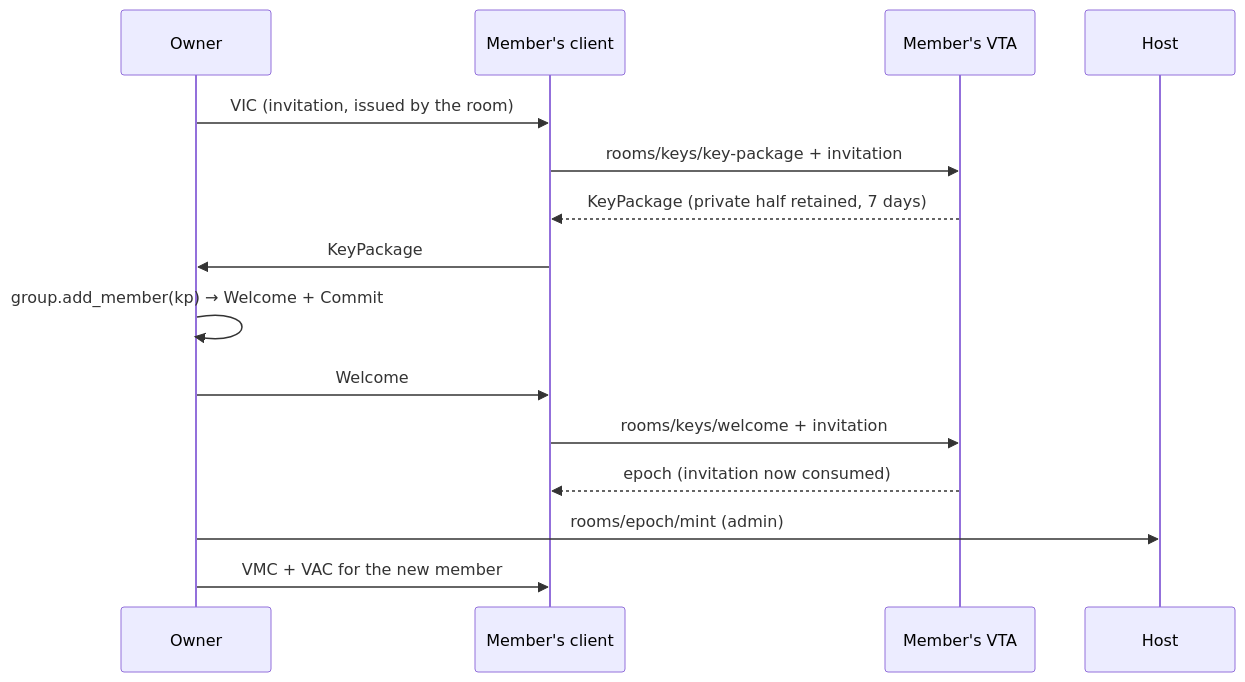
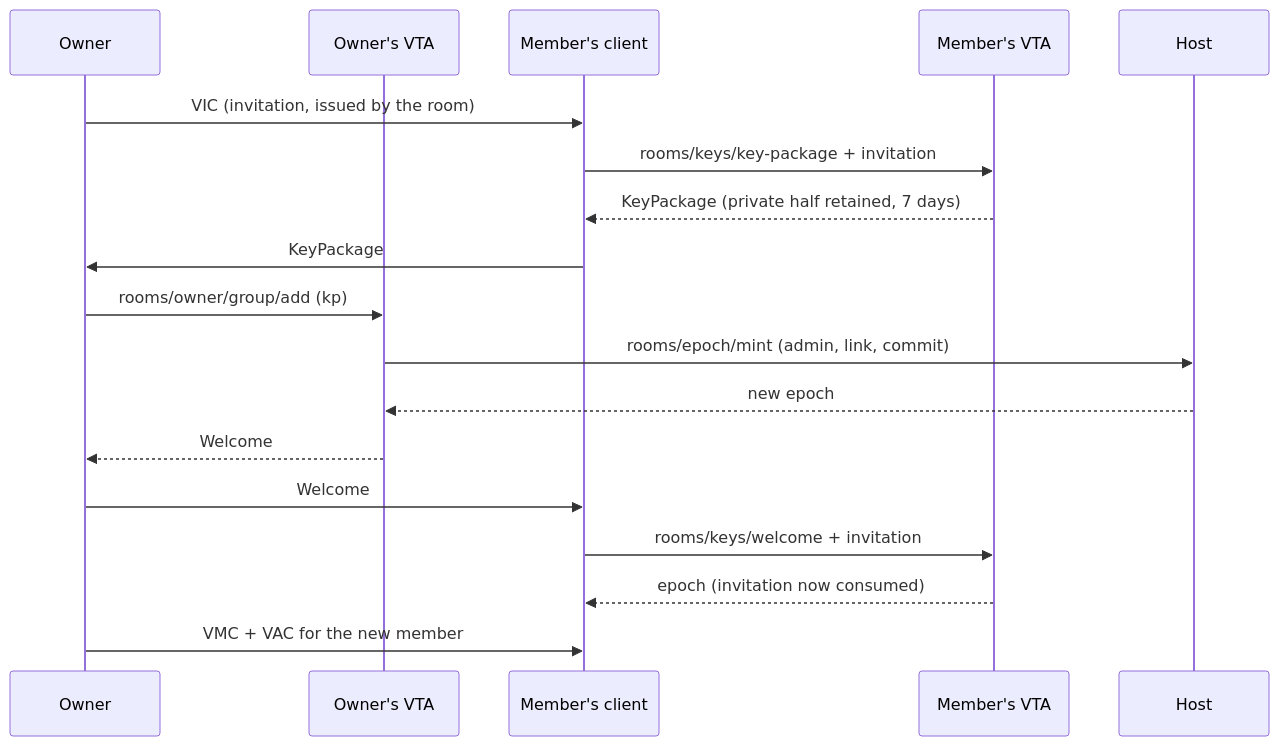
The second of 2 diagrams in docs/02-vta/data-rooms.md (DenisPopov15/verifiable-trust-infrastructure), drawn with Mermaid before and after one commit. The commit also changed other lines of this file and 18 other files, not shown here.

First line of the commit message:
feat(vta): rooms/owner/group/{create,add} — found a sealed room's group and admit members from the owner's agent (#2088)

````diff
--- a/docs/02-vta/data-rooms.md
+++ b/docs/02-vta/data-rooms.md
@@ -349,18 +358,21 @@
 ```mermaid
 sequenceDiagram
     participant O as Owner
+    participant OV as Owner's VTA
     participant M as Member's client
     participant V as Member's VTA
     participant H as Host
 
     O->>M: VIC (invitation, issued by the room)
     M->>V: rooms/keys/key-package + invitation
     V-->>M: KeyPackage (private half retained, 7 days)
     M->>O: KeyPackage
-    O->>O: group.add_member(kp) → Welcome + Commit
+    O->>OV: rooms/owner/group/add (kp)
+    OV->>H: rooms/epoch/mint (admin, link, commit)
+    H-->>OV: new epoch
+    OV-->>O: Welcome
     O->>M: Welcome
     M->>V: rooms/keys/welcome + invitation
     V-->>M: epoch (invitation now consumed)
-    O->>H: rooms/epoch/mint (admin)
     O->>M: VMC + VAC for the new member
 ```
````
